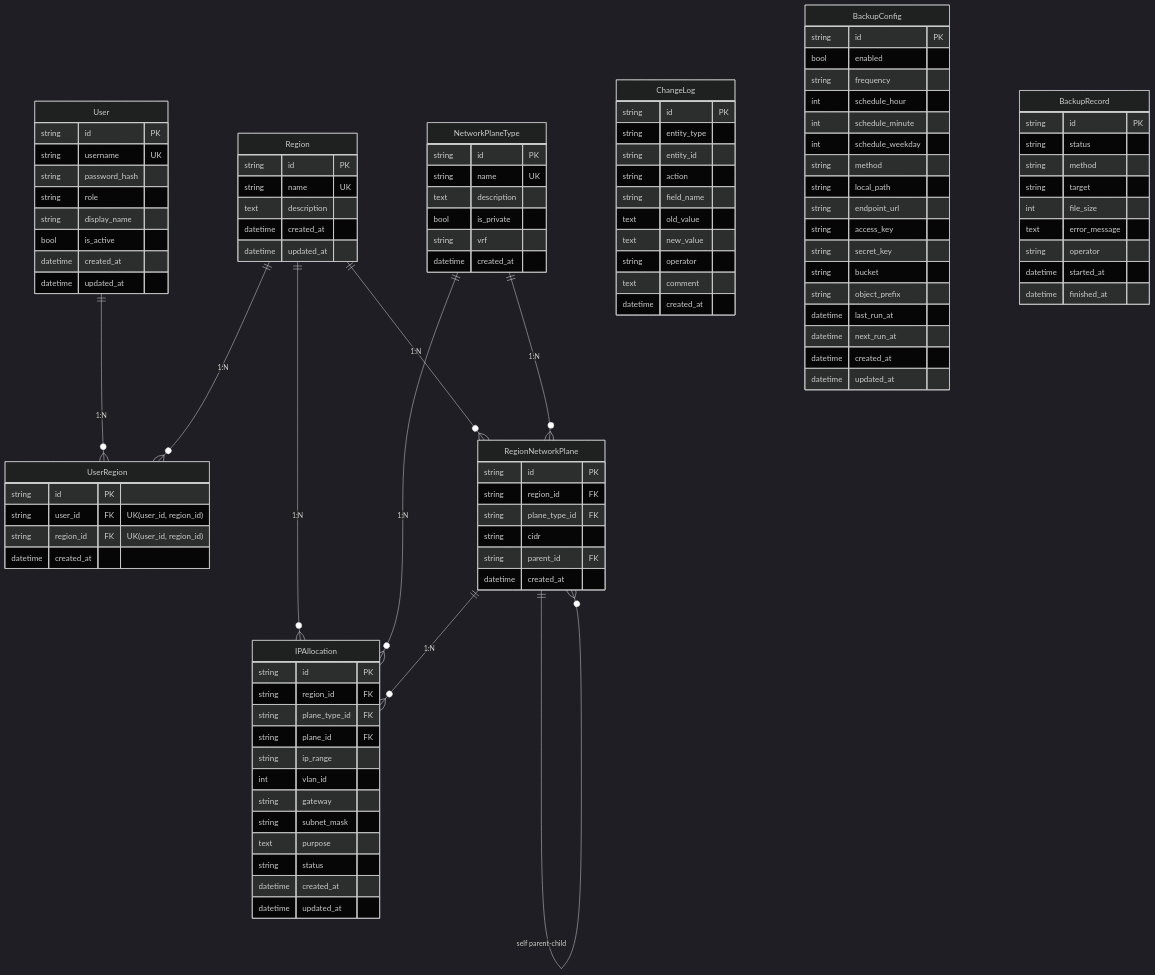
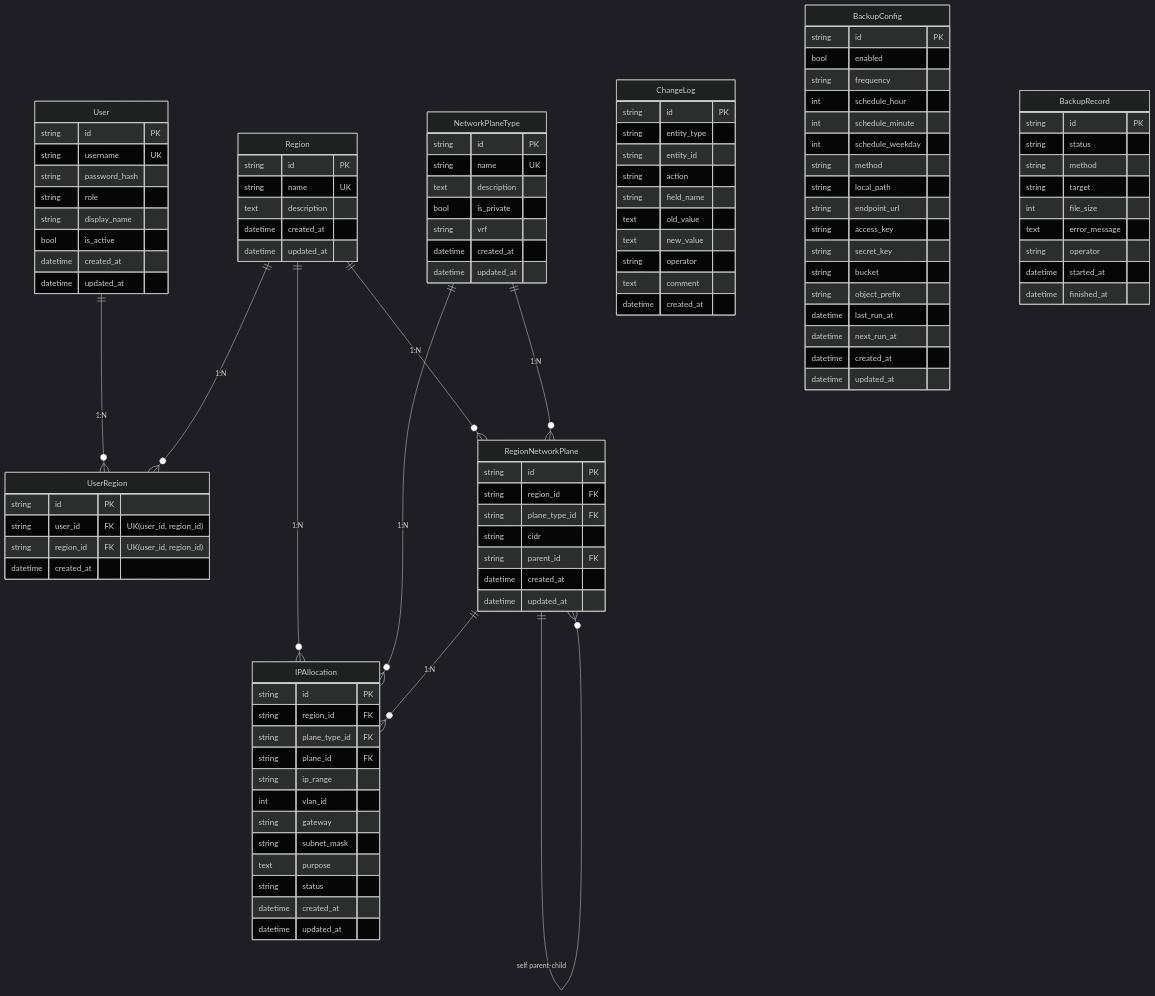
Before and after one commit to zhou-xingxing/hcs-lld-management: the second of 4 diagrams in SYSTEM_DESIGN.md, drawn with Mermaid (dark theme). The commit also changed other lines of this file and 11 other files, not shown here.

```diff
--- a/SYSTEM_DESIGN.md
+++ b/SYSTEM_DESIGN.md
@@ -139,6 +139,7 @@
         bool   is_private
         string vrf
         datetime created_at
+        datetime updated_at
     }
 
     RegionNetworkPlane {
@@ -148,6 +149,7 @@
         string cidr
         string parent_id FK
         datetime created_at
+        datetime updated_at
     }
 
     IPAllocation {
```
